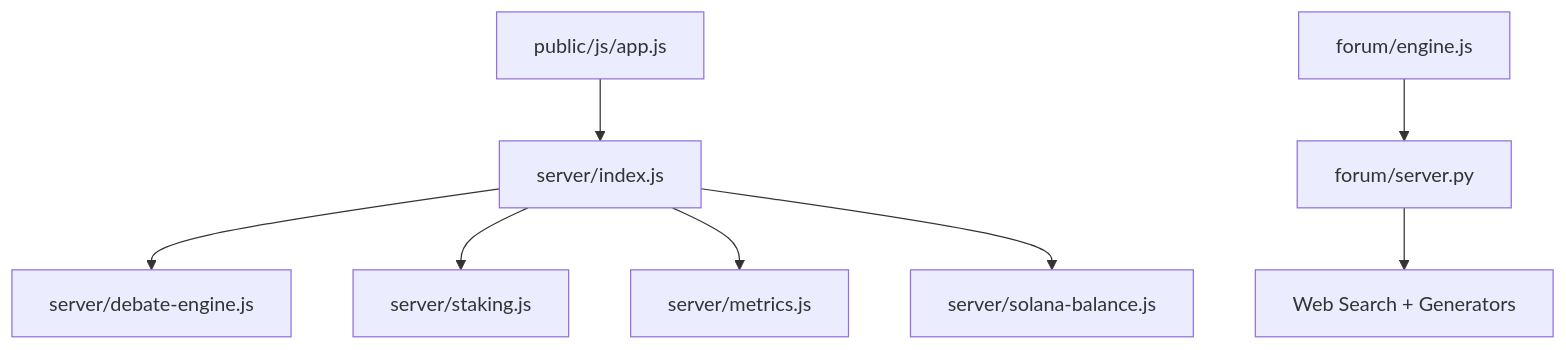
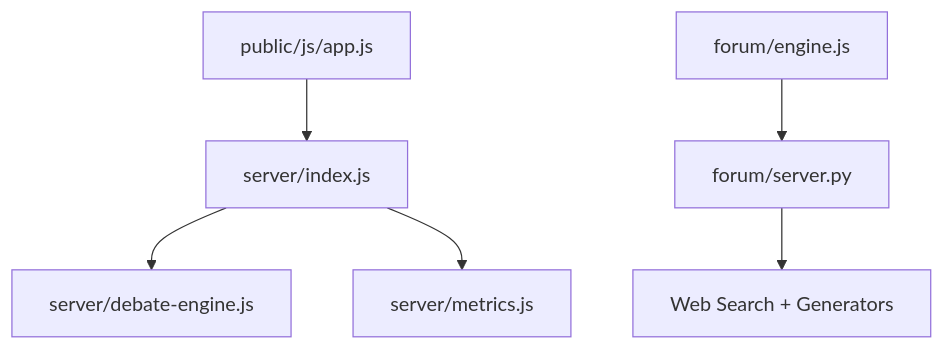
Before and after one commit to RunTimeAdmin/tri-ai: the eighth of 10 diagrams in .qoder/repowiki/en/content/System Architecture/System Architecture.md, drawn with Mermaid. The commit also changed other lines of this file and 46 other files, not shown here.

````diff
--- a/.qoder/repowiki/en/content/System Architecture/System Architecture.md
+++ b/.qoder/repowiki/en/content/System Architecture/System Architecture.md
@@ -361,10 +306,8 @@
 ```mermaid
 graph TB
 Express["server/index.js"] --> Debate["server/debate-engine.js"]
-Express --> Staking["server/staking.js"]
 Express --> Metrics["server/metrics.js"]
-Express --> Solana["server/solana-balance.js"]
 Frontend["public/js/app.js"] --> Express
 ForumUI["forum/engine.js"] --> ForumAPI["forum/server.py"]
 ForumAPI --> Research["Web Search + Generators"]
 ```
````
